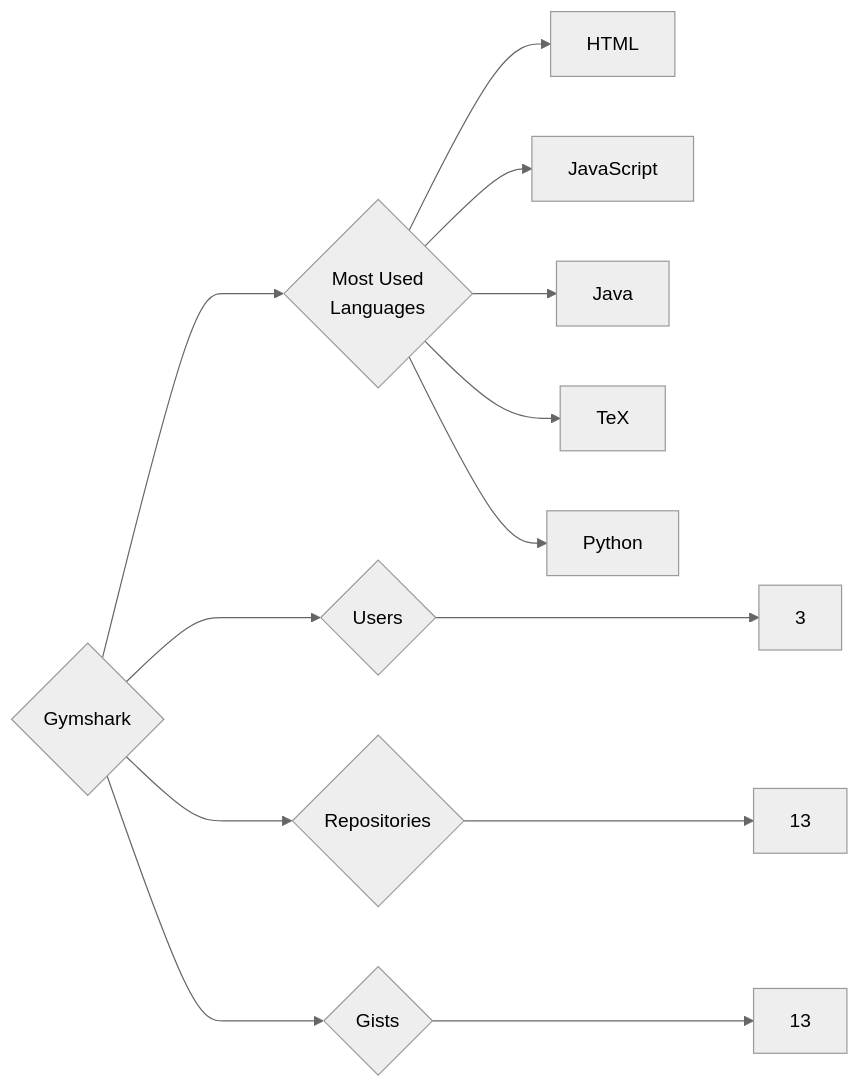
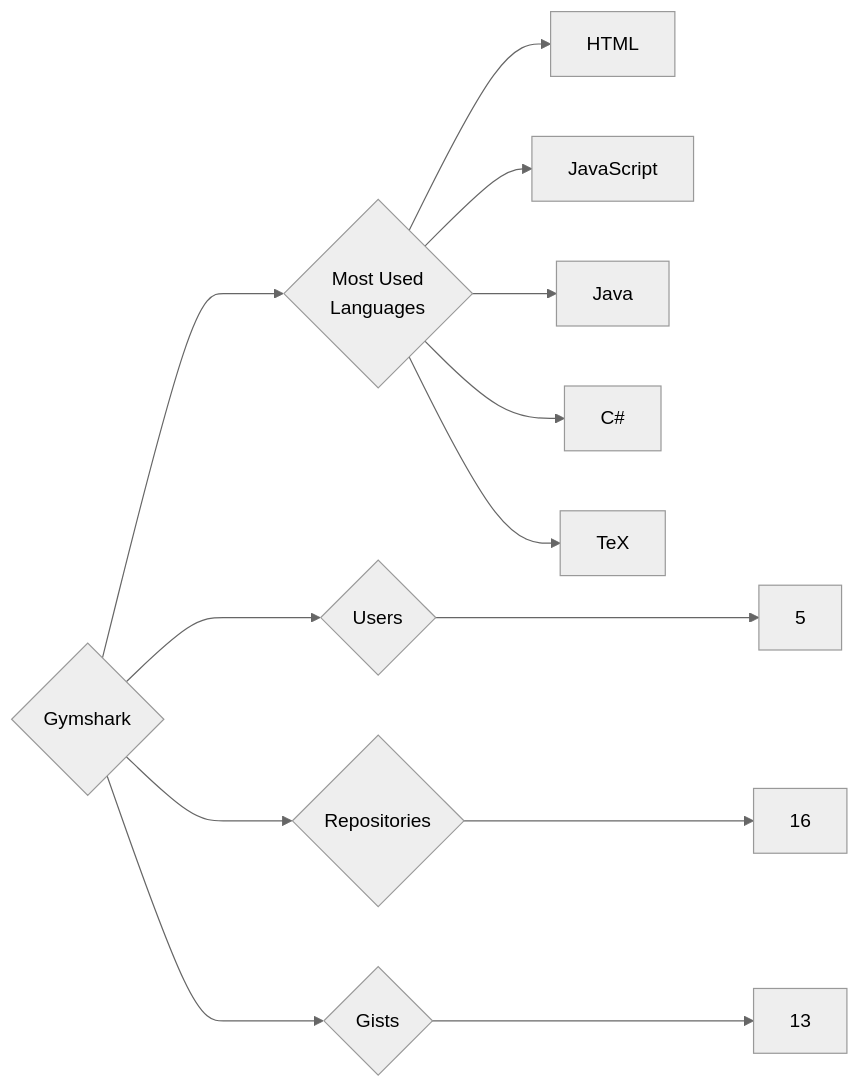
The diagram in targets/Gymshark/README.md (trickest/insiders), drawn with Mermaid (neutral theme) before and after one commit. The commit also changed 1120 other files, not shown here.

````diff
--- a/targets/Gymshark/README.md
+++ b/targets/Gymshark/README.md
@@ -3,13 +3,13 @@
 ```mermaid
 graph LR
 COMPANY_NAME{Gymshark}
-COMPANY_NAME ---> U{Users} ---> UN[3]
-COMPANY_NAME ---> R{Repositories} ---> RN[13]
+COMPANY_NAME ---> U{Users} ---> UN[5]
+COMPANY_NAME ---> R{Repositories} ---> RN[16]
 COMPANY_NAME ---> G{Gists} ---> GN[13]
 COMPANY_NAME ---> ML{Most Used<br>Languages}
 ML --> HTML[HTML]
 ML --> JavaScript[JavaScript]
 ML --> Java[Java]
+ML --> C#[C#]
 ML --> TeX[TeX]
-ML --> Python[Python]
 ```
````
